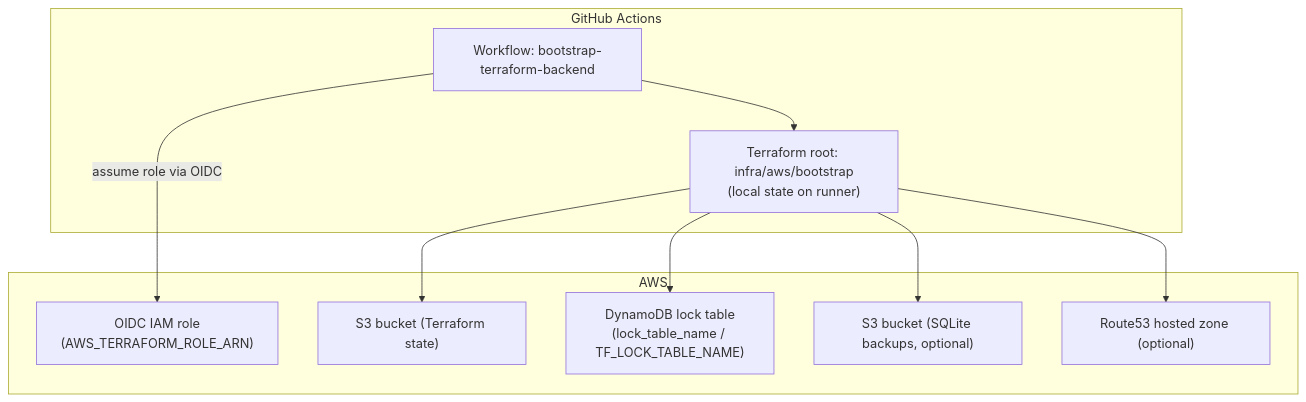
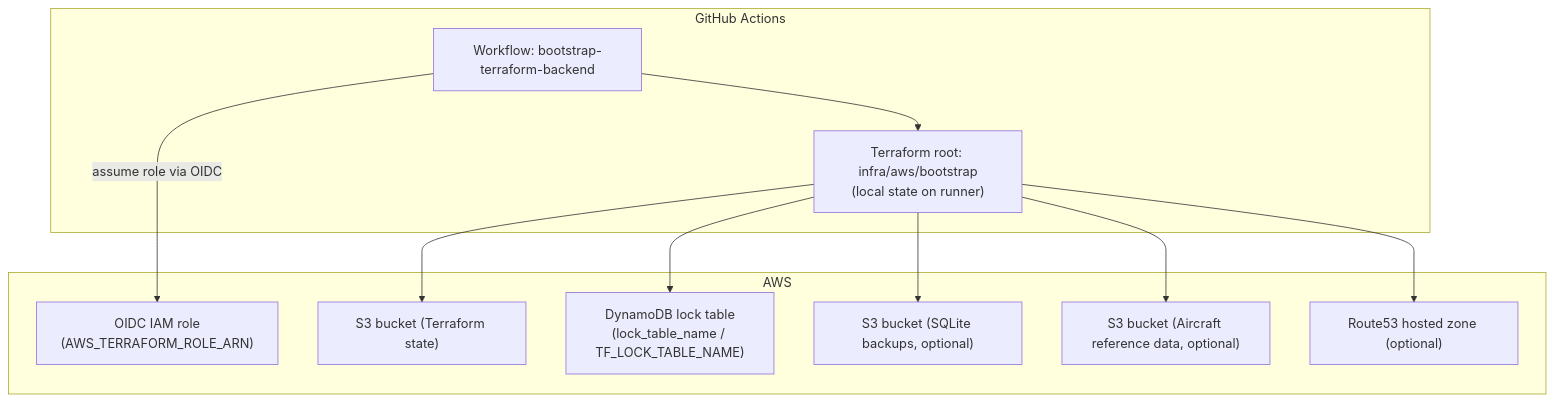
One commit to ClementV78/CloudRadar changed the diagram in docs/runbooks/bootstrap/terraform-backend-bootstrap.md. Above: the diagram before and after it, drawn with Mermaid. The commit also changed other lines of this file, not shown here.

First line of the commit message:
docs(runbooks): update backend bootstrap diagram for aircraft bucket

````diff
--- a/docs/runbooks/bootstrap/terraform-backend-bootstrap.md
+++ b/docs/runbooks/bootstrap/terraform-backend-bootstrap.md
@@ -14,24 +14,26 @@
 ```mermaid
 flowchart TB
   subgraph GH["GitHub Actions"]
     WF["Workflow: bootstrap-terraform-backend"]
     TF["Terraform root: infra/aws/bootstrap\n(local state on runner)"]
     WF --> TF
   end
 
   subgraph AWS["AWS"]
     ROLE["OIDC IAM role\n(AWS_TERRAFORM_ROLE_ARN)"]
 
     S3["S3 bucket (Terraform state)"]
     DDB["DynamoDB lock table\n(lock_table_name / TF_LOCK_TABLE_NAME)"]
 
     BK["S3 bucket (SQLite backups, optional)"]
+    AR["S3 bucket (Aircraft reference data, optional)"]
     R53["Route53 hosted zone (optional)"]
   end
 
   WF -->|assume role via OIDC| ROLE
   TF --> S3
   TF --> DDB
   TF --> BK
+  TF --> AR
   TF --> R53
 ```
````
